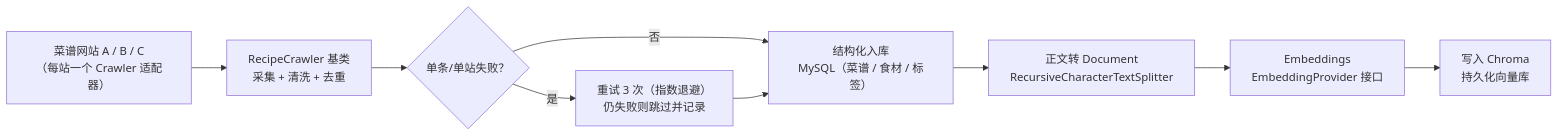
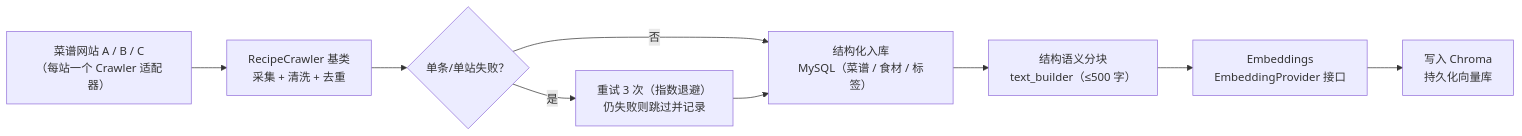
The third of 3 diagrams in docs/PLAN.md (sjsj755/ai-cooker), drawn with Mermaid before and after one commit. The commit also changed other lines of this file and 4 other files, not shown here.

````diff
--- a/docs/PLAN.md
+++ b/docs/PLAN.md
@@ -121,11 +121,11 @@
 ```mermaid
 flowchart LR
     A["菜谱网站 A / B / C<br/>（每站一个 Crawler 适配器）"] --> B["RecipeCrawler 基类<br/>采集 + 清洗 + 去重"]
     B --> C{"单条/单站失败？"}
     C -- "是" --> D["重试 3 次（指数退避）<br/>仍失败则跳过并记录"]
     C -- "否" --> E["结构化入库<br/>MySQL（菜谱 / 食材 / 标签）"]
     D --> E
-    E --> F["正文转 Document<br/>RecursiveCharacterTextSplitter"]
+    E --> F["结构语义分块<br/>text_builder（≤500 字）"]
     F --> G["Embeddings<br/>EmbeddingProvider 接口"]
     G --> H["写入 Chroma<br/>持久化向量库"]
 ```
````
